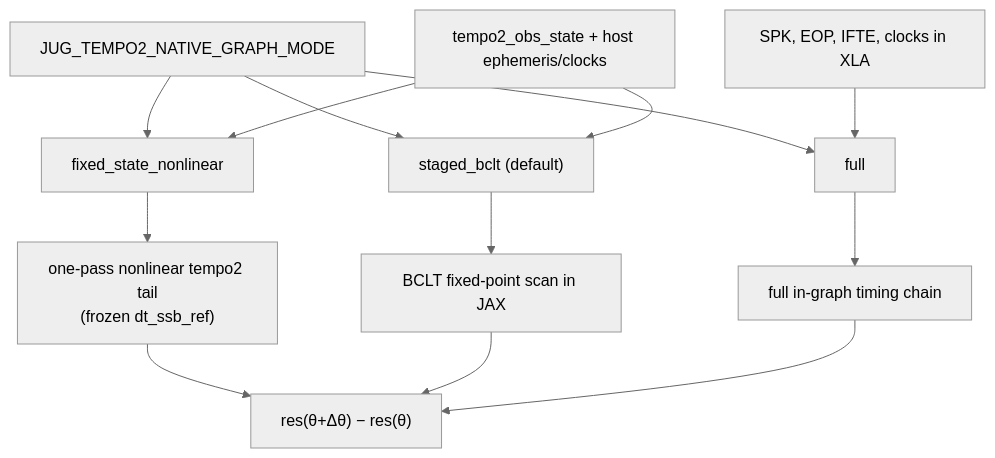
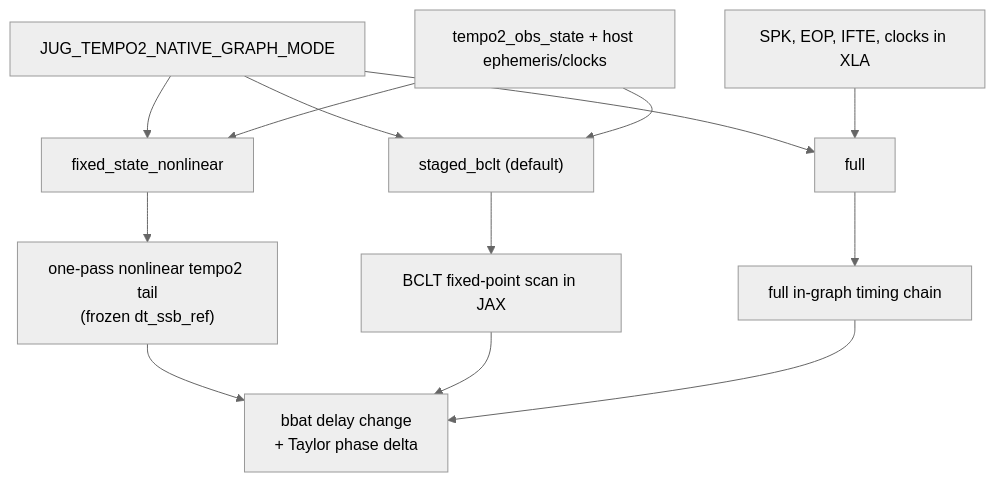
The diagram in PARITY_THEORY.md (MattTMiles/jug), drawn with Mermaid (neutral theme) before and after one commit. The commit also changed other lines of this file and 5 other files, not shown here.

````diff
--- a/PARITY_THEORY.md
+++ b/PARITY_THEORY.md
@@ -297,18 +322,18 @@
 ```mermaid
 flowchart TB
   Mode["JUG_TEMPO2_NATIVE_GRAPH_MODE"] --> Fixed["fixed_state_nonlinear"]
   Mode --> Staged["staged_bclt (default)"]
   Mode --> Full["full"]
 
   FrozenState["tempo2_obs_state + host ephemeris/clocks"] --> Fixed
   FrozenState --> Staged
   Tables["SPK, EOP, IFTE, clocks in XLA"] --> Full
 
   Fixed --> OnePass["one-pass nonlinear tempo2 tail\n(frozen dt_ssb_ref)"]
   Staged --> Scan["BCLT fixed-point scan in JAX"]
   Full --> FullGraph["full in-graph timing chain"]
 
-  OnePass --> Delta["res(θ+Δθ) − res(θ)"]
+  OnePass --> Delta["bbat delay change\n+ Taylor phase delta"]
   Scan --> Delta
   FullGraph --> Delta
 ```
````
